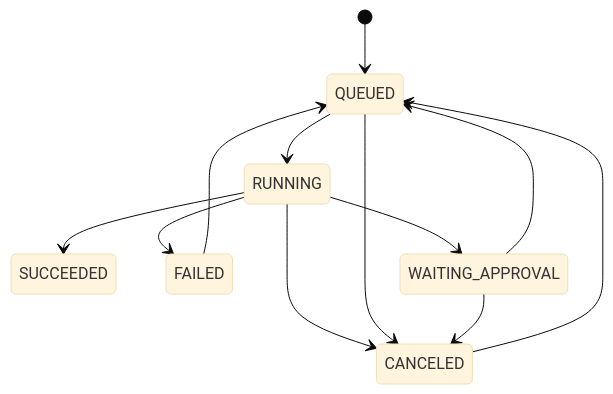
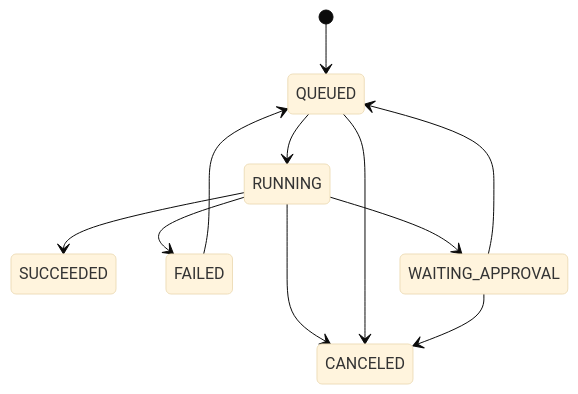
One commit to sunpeng10/CreatorOS-v1 changed the third of 3 diagrams in docs/ARCHITECTURE.md. Above: the diagram before and after it, drawn with Mermaid (base theme). The commit also changed other lines of this file and 24 other files, not shown here.

````diff
--- a/docs/ARCHITECTURE.md
+++ b/docs/ARCHITECTURE.md
@@ -45,14 +53,13 @@
 ```mermaid
 stateDiagram-v2
   [*] --> QUEUED
   QUEUED --> RUNNING
   RUNNING --> SUCCEEDED
   RUNNING --> FAILED
+  RUNNING --> WAITING_APPROVAL
   RUNNING --> CANCELED
   QUEUED --> CANCELED
-  RUNNING --> WAITING_APPROVAL
   WAITING_APPROVAL --> QUEUED
   WAITING_APPROVAL --> CANCELED
   FAILED --> QUEUED
-  CANCELED --> QUEUED
 ```
````
